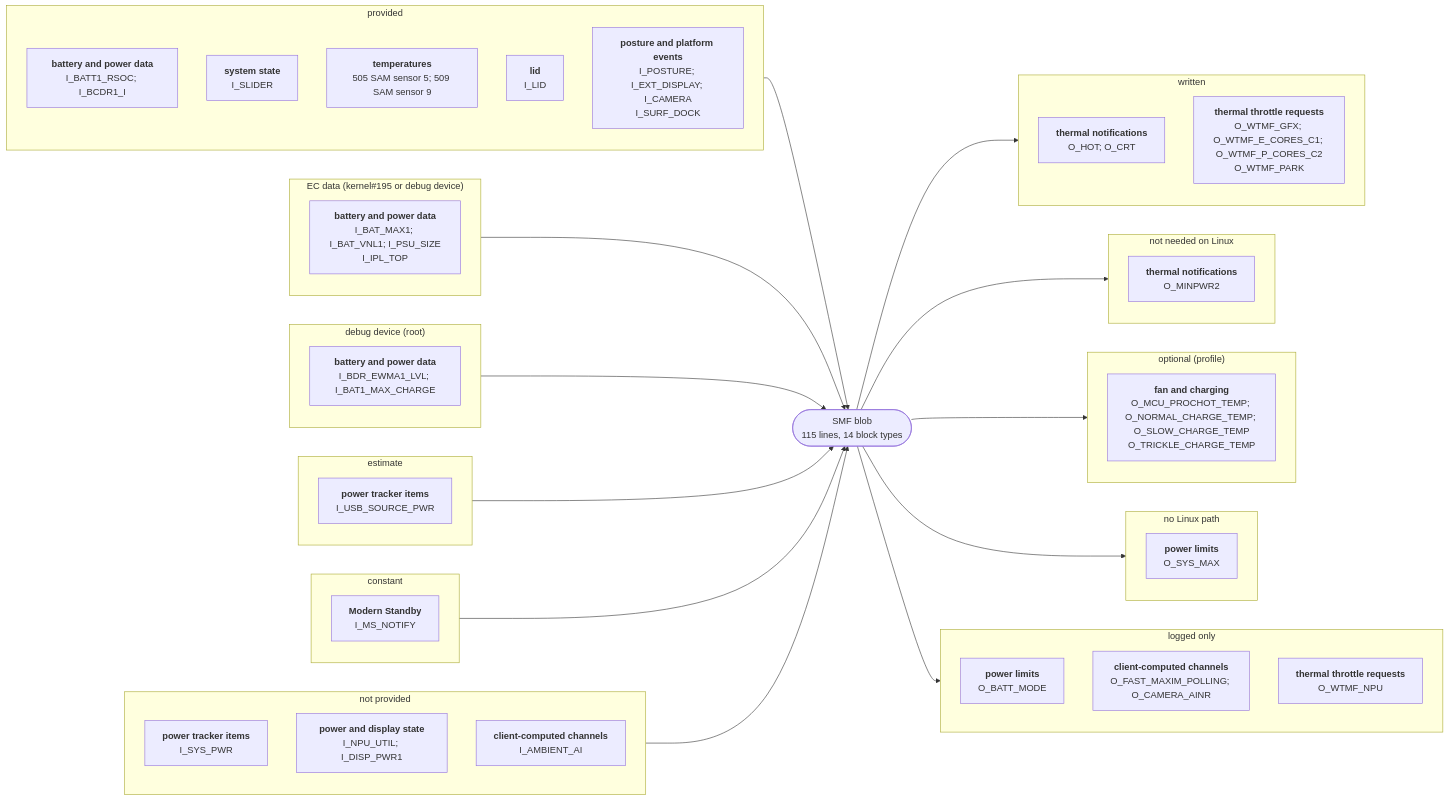
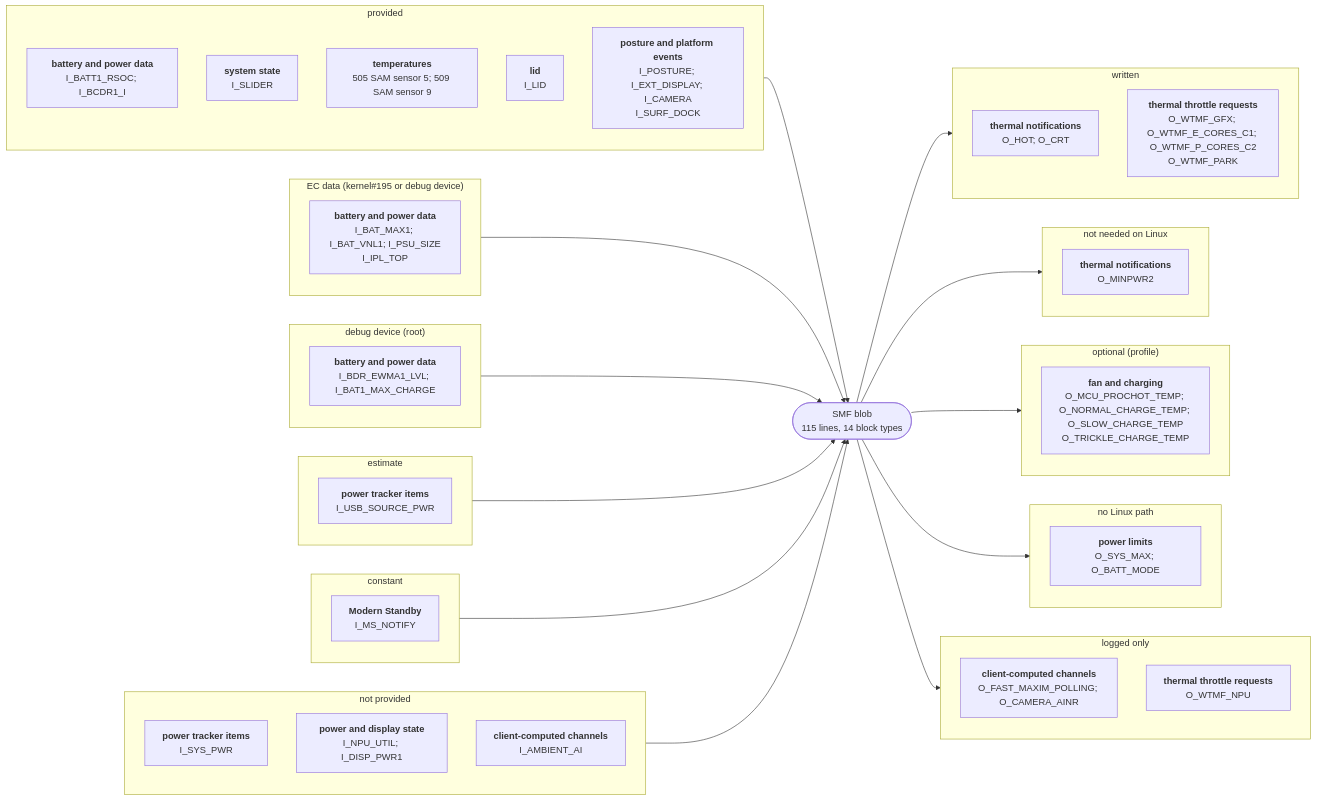
Before and after one commit to larsschellhas/linux-surface-power: the diagram in docs/devices/surface-pro-12-1st-edition.md, drawn with Mermaid. The commit also changed other lines of this file and 41 other files, not shown here.

````diff
--- a/docs/devices/surface-pro-12-1st-edition.md
+++ b/docs/devices/surface-pro-12-1st-edition.md
@@ -19,57 +19,56 @@
 ```mermaid
 flowchart LR
     subgraph IN0["provided"]
         I0_28B7BD85["<b>battery and power data</b><br/>I_BATT1_RSOC; I_BCDR1_I"]
         I0_2DD6960F["<b>system state</b><br/>I_SLIDER"]
         I0_2E8B14C2["<b>temperatures</b><br/>505 SAM sensor 5; 509 SAM sensor 9"]
         I0_5D0EE597["<b>lid</b><br/>I_LID"]
         I0_8060B17F["<b>posture and platform events</b><br/>I_POSTURE; I_EXT_DISPLAY; I_CAMERA<br/>I_SURF_DOCK"]
     end
     IN0 --> B
     subgraph IN1["EC data (kernel#195 or debug device)"]
         I1_28B7BD85["<b>battery and power data</b><br/>I_BAT_MAX1; I_BAT_VNL1; I_PSU_SIZE<br/>I_IPL_TOP"]
     end
     IN1 --> B
     subgraph IN2["debug device (root)"]
         I2_28B7BD85["<b>battery and power data</b><br/>I_BDR_EWMA1_LVL; I_BAT1_MAX_CHARGE"]
     end
     IN2 --> B
     subgraph IN3["estimate"]
         I3_049E36F2["<b>power tracker items</b><br/>I_USB_SOURCE_PWR"]
     end
     IN3 --> B
     subgraph IN4["constant"]
         I4_DEF1AB69["<b>Modern Standby</b><br/>I_MS_NOTIFY"]
     end
     IN4 --> B
     subgraph IN5["not provided"]
         I5_049E36F2["<b>power tracker items</b><br/>I_SYS_PWR"]
         I5_1FB53D4C["<b>power and display state</b><br/>I_NPU_UTIL; I_DISP_PWR1"]
         I5_87008365["<b>client-computed channels</b><br/>I_AMBIENT_AI"]
     end
     IN5 --> B
     B(["SMF blob<br/>115 lines, 14 block types"])
     subgraph OUT0["written"]
         O0_110DF2A4["<b>thermal notifications</b><br/>O_HOT; O_CRT"]
         O0_9BBB8910["<b>thermal throttle requests</b><br/>O_WTMF_GFX; O_WTMF_E_CORES_C1; O_WTMF_P_CORES_C2<br/>O_WTMF_PARK"]
     end
     B --> OUT0
     subgraph OUT1["not needed on Linux"]
         O1_110DF2A4["<b>thermal notifications</b><br/>O_MINPWR2"]
     end
     B --> OUT1
     subgraph OUT2["optional (profile)"]
         O2_B620798F["<b>fan and charging</b><br/>O_MCU_PROCHOT_TEMP; O_NORMAL_CHARGE_TEMP; O_SLOW_CHARGE_TEMP<br/>O_TRICKLE_CHARGE_TEMP"]
     end
     B --> OUT2
     subgraph OUT3["no Linux path"]
-        O3_0B7B5350["<b>power limits</b><br/>O_SYS_MAX"]
+        O3_0B7B5350["<b>power limits</b><br/>O_SYS_MAX; O_BATT_MODE"]
     end
     B --> OUT3
     subgraph OUT4["logged only"]
-        O4_0B7B5350["<b>power limits</b><br/>O_BATT_MODE"]
         O4_87008365["<b>client-computed channels</b><br/>O_FAST_MAXIM_POLLING; O_CAMERA_AINR"]
         O4_9BBB8910["<b>thermal throttle requests</b><br/>O_WTMF_NPU"]
     end
     B --> OUT4
 ```
````
